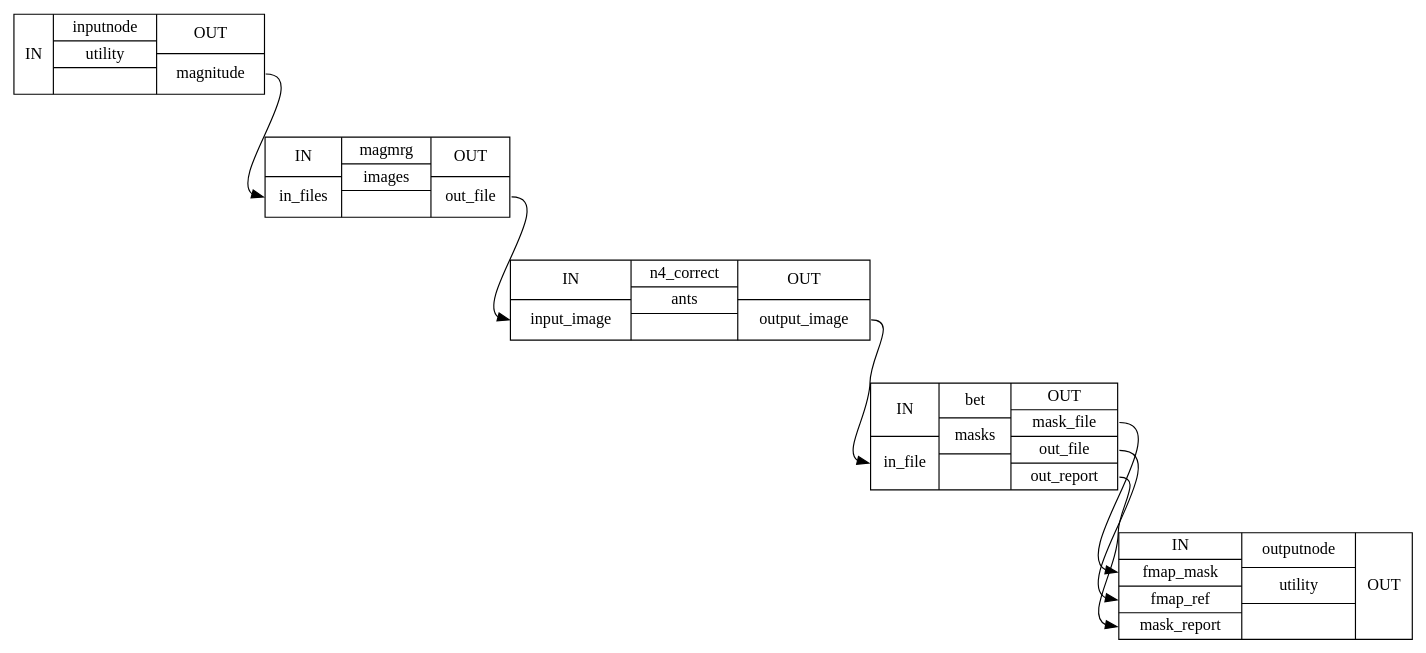
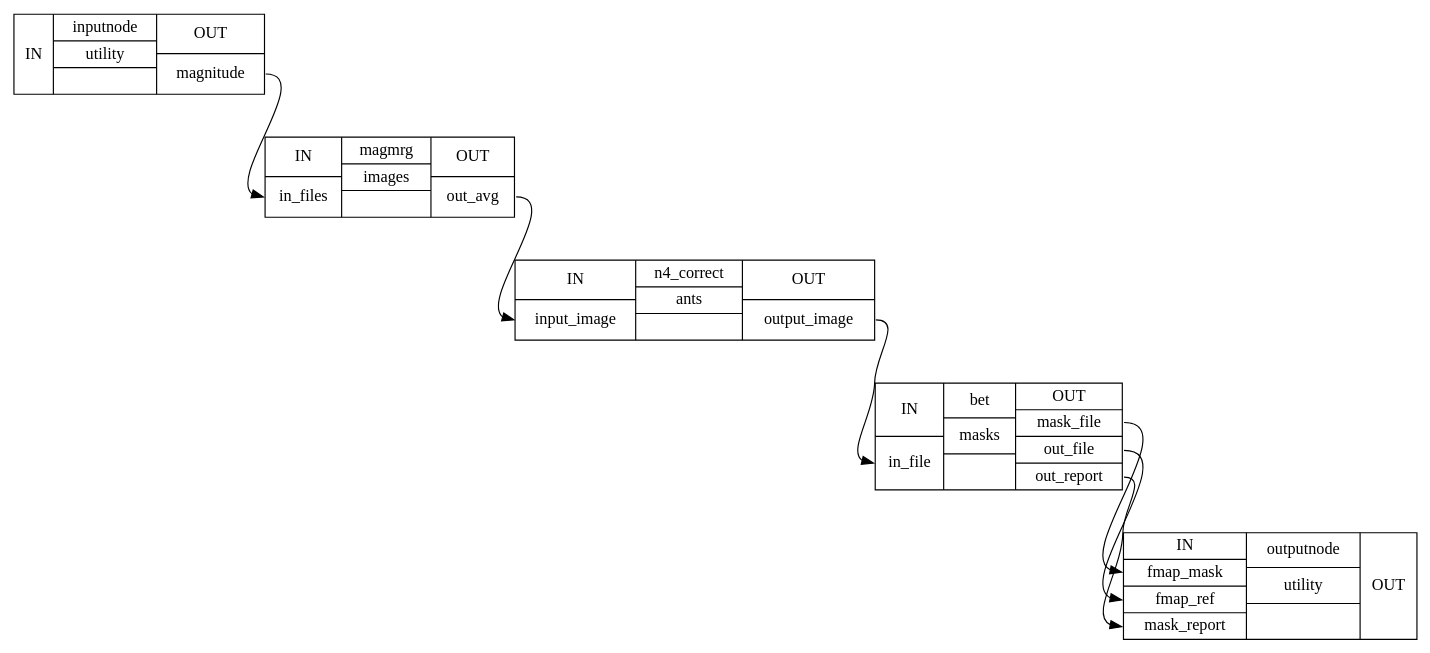
Before and after one commit to wayne009007/sdcflows: the diagram in 1.0.0/wf_directive/api/magnitude_wf/sdcflows-workflows-gre-2_detailed.dot, drawn with Graphviz. The commit also changed 721 other files, not shown here.

```diff
--- a/1.0.0/wf_directive/api/magnitude_wf/sdcflows-workflows-gre-2_detailed.dot
+++ b/1.0.0/wf_directive/api/magnitude_wf/sdcflows-workflows-gre-2_detailed.dot
@@ -1,14 +1,14 @@
 digraph structs {
 node [shape=record];
 magnitude_wfinputnode [label="{IN}|{ inputnode | utility |  }|{OUT|<outmagnitude> magnitude}"];
-magnitude_wfmagmrg [label="{IN|<ininfiles> in_files}|{ magmrg | images |  }|{OUT|<outoutfile> out_file}"];
+magnitude_wfmagmrg [label="{IN|<ininfiles> in_files}|{ magmrg | images |  }|{OUT|<outoutavg> out_avg}"];
 magnitude_wfn4_correct [label="{IN|<ininputimage> input_image}|{ n4_correct | ants |  }|{OUT|<outoutputimage> output_image}"];
 magnitude_wfbet [label="{IN|<ininfile> in_file}|{ bet | masks |  }|{OUT|<outmaskfile> mask_file|<outoutfile> out_file|<outoutreport> out_report}"];
 magnitude_wfoutputnode [label="{IN|<infmapmask> fmap_mask|<infmapref> fmap_ref|<inmaskreport> mask_report}|{ outputnode | utility |  }|{OUT}"];
 magnitude_wfbet:outmaskfile:e -> magnitude_wfoutputnode:infmapmask:w;
 magnitude_wfbet:outoutfile:e -> magnitude_wfoutputnode:infmapref:w;
 magnitude_wfbet:outoutreport:e -> magnitude_wfoutputnode:inmaskreport:w;
 magnitude_wfinputnode:outmagnitude:e -> magnitude_wfmagmrg:ininfiles:w;
-magnitude_wfmagmrg:outoutfile:e -> magnitude_wfn4_correct:ininputimage:w;
+magnitude_wfmagmrg:outoutavg:e -> magnitude_wfn4_correct:ininputimage:w;
 magnitude_wfn4_correct:outoutputimage:e -> magnitude_wfbet:ininfile:w;
 }
```
